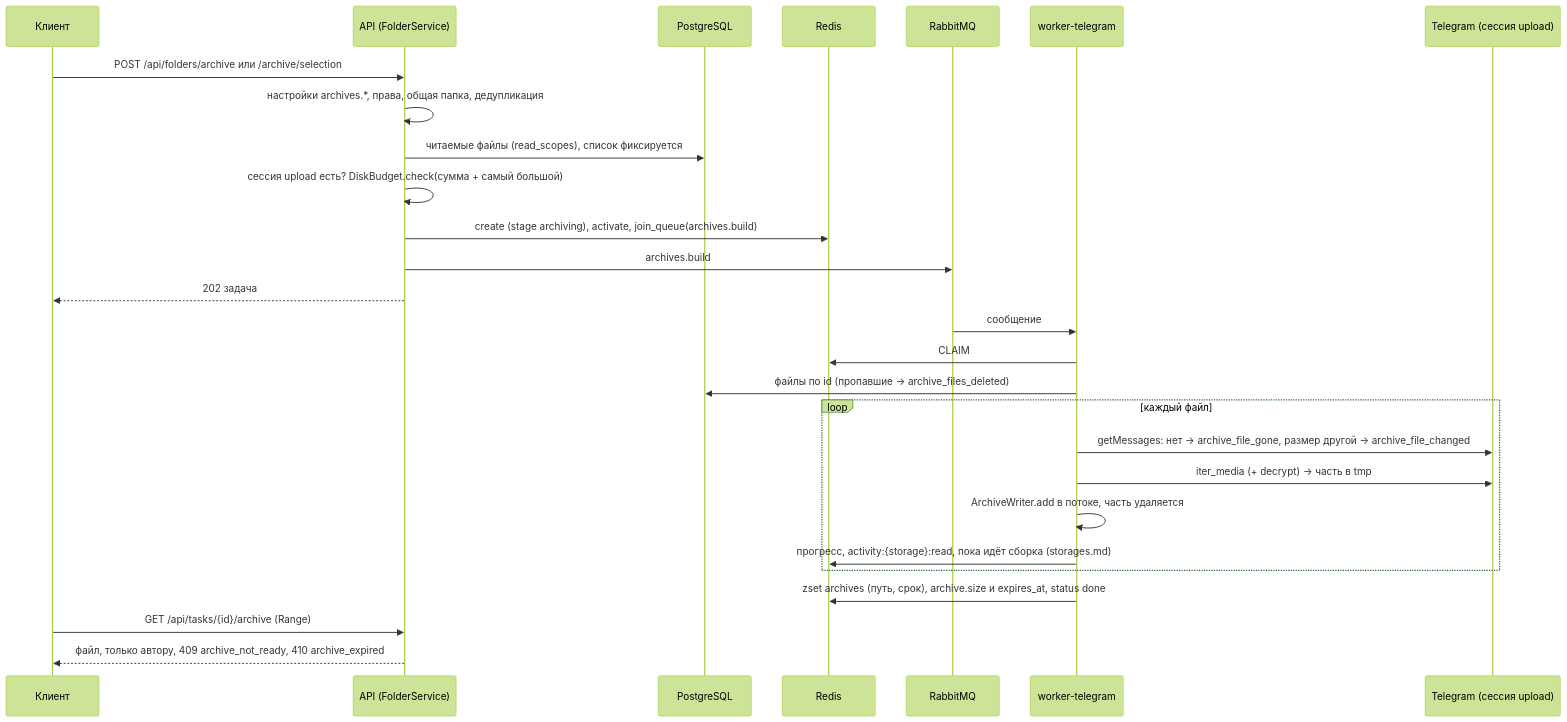
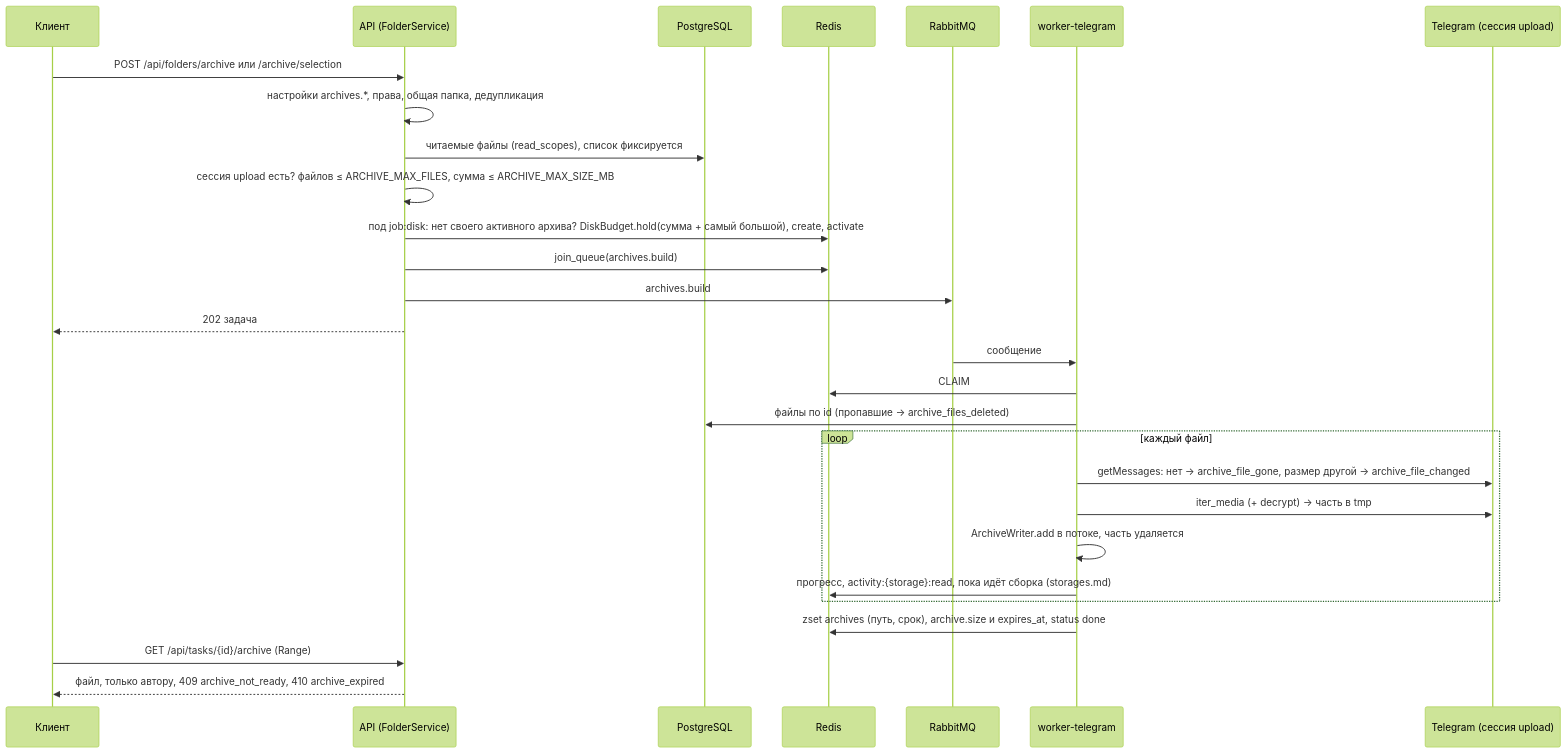
Before and after one commit to NikitkaZXC/tcloud-backend: the second of 3 diagrams in docs/flows/folders-and-files.md, drawn with Mermaid (forest theme). The commit also changed other lines of this file and 11 other files, not shown here.

````diff
--- a/docs/flows/folders-and-files.md
+++ b/docs/flows/folders-and-files.md
@@ -183,29 +188,30 @@
 ```mermaid
 sequenceDiagram
     participant C as Клиент
     participant A as API (FolderService)
     participant DB as PostgreSQL
     participant R as Redis
     participant Q as RabbitMQ
     participant T as worker-telegram
     participant TG as Telegram (сессия upload)
     C->>A: POST /api/folders/archive или /archive/selection
     A->>A: настройки archives.*, права, общая папка, дедупликация
     A->>DB: читаемые файлы (read_scopes), список фиксируется
-    A->>A: сессия upload есть? DiskBudget.check(сумма + самый большой)
-    A->>R: create (stage archiving), activate, join_queue(archives.build)
+    A->>A: сессия upload есть? файлов ≤ ARCHIVE_MAX_FILES, сумма ≤ ARCHIVE_MAX_SIZE_MB
+    A->>R: под job:disk: нет своего активного архива? DiskBudget.hold(сумма + самый большой), create, activate
+    A->>R: join_queue(archives.build)
     A->>Q: archives.build
     A-->>C: 202 задача
     Q->>T: сообщение
     T->>R: CLAIM
     T->>DB: файлы по id (пропавшие → archive_files_deleted)
     loop каждый файл
         T->>TG: getMessages: нет → archive_file_gone, размер другой → archive_file_changed
         T->>TG: iter_media (+ decrypt) → часть в tmp
         T->>T: ArchiveWriter.add в потоке, часть удаляется
         T->>R: прогресс, activity:{storage}:read, пока идёт сборка (storages.md)
     end
     T->>R: zset archives (путь, срок), archive.size и expires_at, status done
     C->>A: GET /api/tasks/{id}/archive (Range)
     A-->>C: файл, только автору, 409 archive_not_ready, 410 archive_expired
 ```
````
